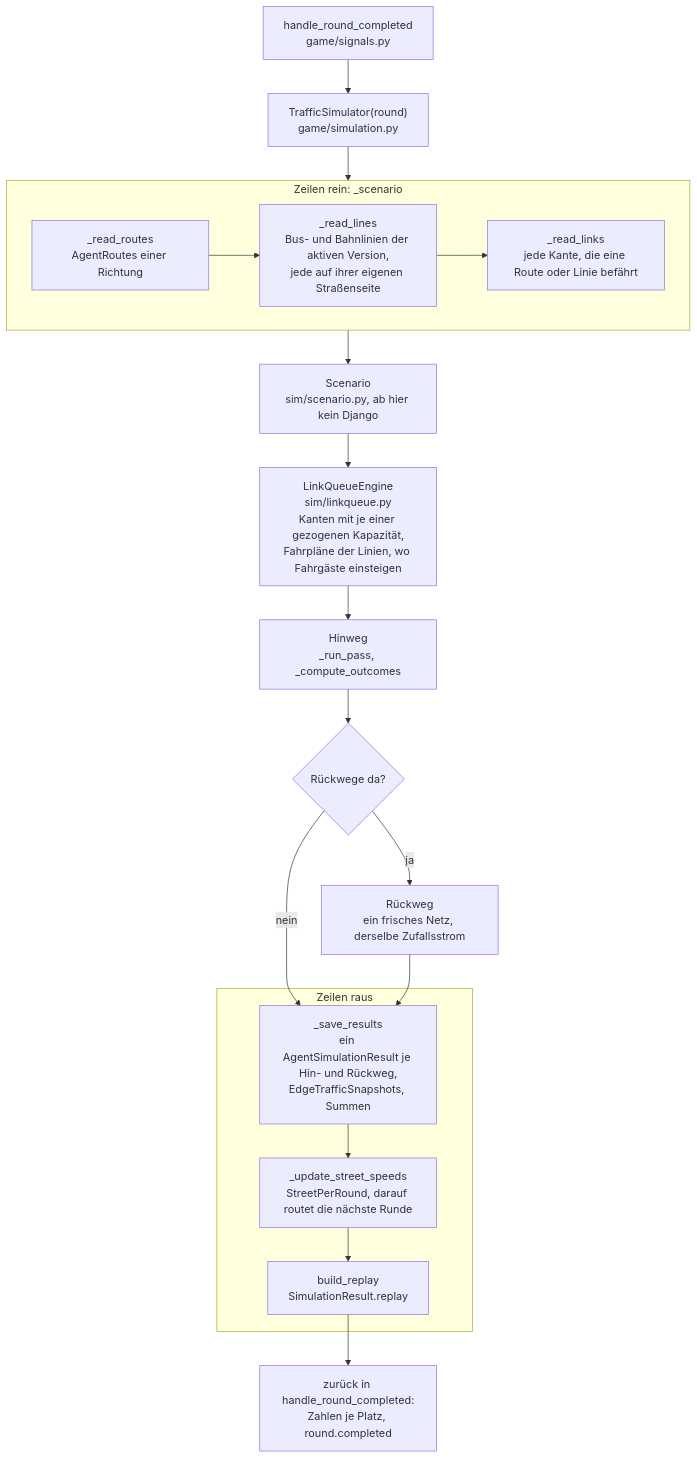
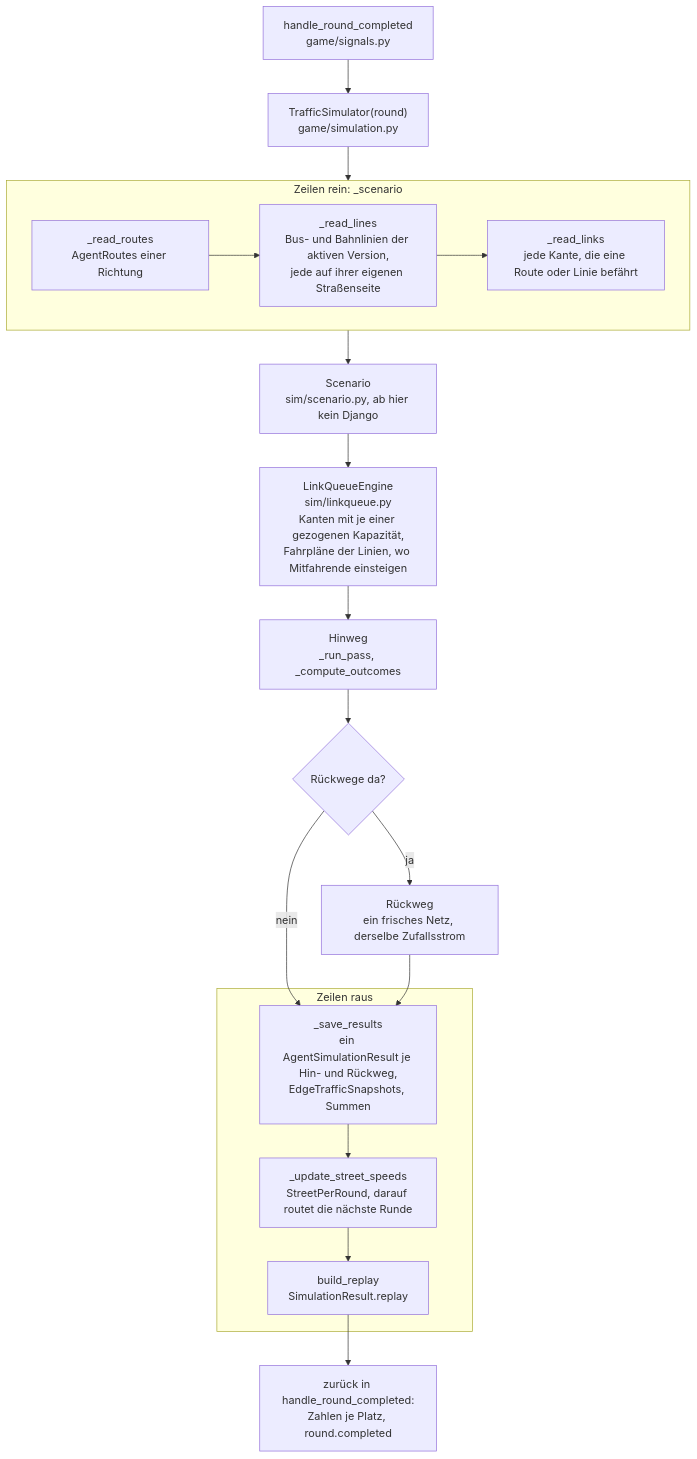
Before and after one commit to luke-hirsch/co2mmute: the seventh of 12 diagrams in docs/de-flowcharts.md, drawn with Mermaid. The commit also changed other lines of this file and 53 other files, not shown here.

````diff
--- a/docs/de-flowcharts.md
+++ b/docs/de-flowcharts.md
@@ -279,26 +279,26 @@
 ```mermaid
 flowchart TD
     handler["handle_round_completed<br>game/signals.py"] --> ts["TrafficSimulator(round)<br>game/simulation.py"]
     subgraph rowsIn["Zeilen rein: _scenario"]
         direction LR
         r1["_read_routes<br>AgentRoutes einer Richtung"]
         r2["_read_lines<br>Bus- und Bahnlinien der aktiven Version,<br>jede auf ihrer eigenen Straßenseite"]
         r3["_read_links<br>jede Kante, die eine Route oder Linie befährt"]
         r1 --> r2 --> r3
     end
     ts --> rowsIn
     rowsIn --> scen["Scenario<br>sim/scenario.py, ab hier kein Django"]
-    scen --> eng["LinkQueueEngine<br>sim/linkqueue.py<br>Kanten mit je einer gezogenen Kapazität,<br>Fahrpläne der Linien, wo Fahrgäste einsteigen"]
+    scen --> eng["LinkQueueEngine<br>sim/linkqueue.py<br>Kanten mit je einer gezogenen Kapazität,<br>Fahrpläne der Linien, wo Mitfahrende einsteigen"]
     eng --> morning["Hinweg<br>_run_pass, _compute_outcomes"]
     morning --> hasHome{"Rückwege da?"}
     hasHome -->|"ja"| evening["Rückweg<br>ein frisches Netz, derselbe Zufallsstrom"]
     hasHome -->|"nein"| save
     evening --> save
     subgraph rowsOut["Zeilen raus"]
         save["_save_results<br>ein AgentSimulationResult je Hin- und Rückweg,<br>EdgeTrafficSnapshots, Summen"]
         speeds["_update_street_speeds<br>StreetPerRound, darauf routet die nächste Runde"]
         replay["build_replay<br>SimulationResult.replay"]
     end
     save --> speeds --> replay
     replay --> stats["zurück in handle_round_completed:<br>Zahlen je Platz, round.completed"]
 ```
````
